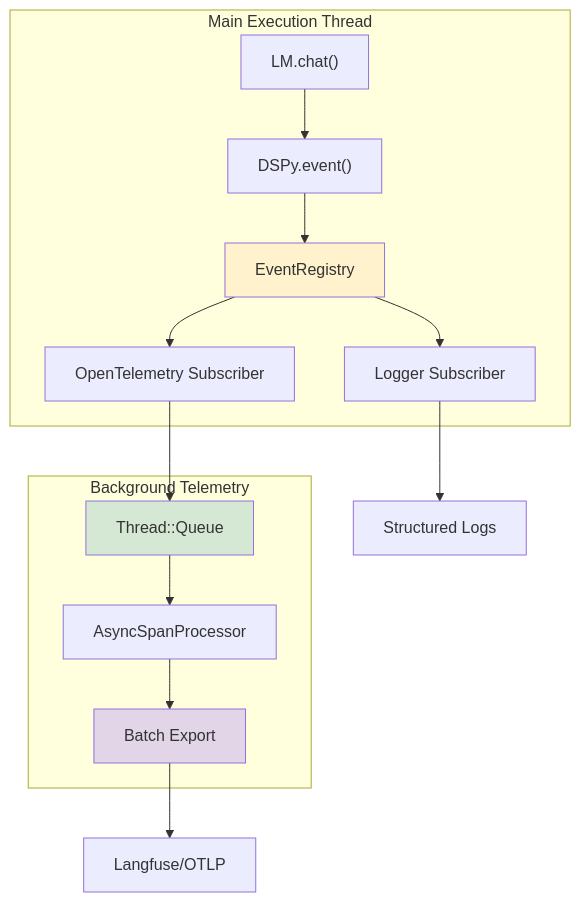
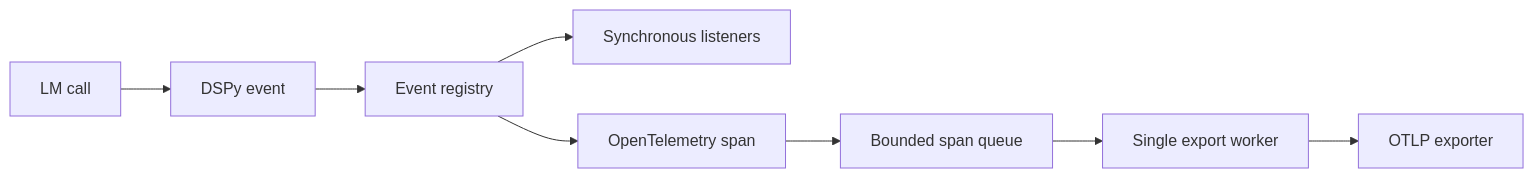
Before and after one commit to vicentereig/dspy.rb: the diagram in docs/src/_articles/dspy-rb-concurrent-architecture-deep-dive.md, drawn with Mermaid. The commit also changed other lines of this file and 90 other files, not shown here.

Commit message:
Rewrite DSPy documentation for current architecture

````diff
--- a/docs/src/_articles/dspy-rb-concurrent-architecture-deep-dive.md
+++ b/docs/src/_articles/dspy-rb-concurrent-architecture-deep-dive.md
@@ -118,22 +81,10 @@
 ```mermaid
-flowchart TB
-    subgraph "Main Execution Thread"
-        LM["LM.chat()"] --> Event["DSPy.event()"]
-        Event --> Registry["EventRegistry"]
-        Registry --> Logger["Logger Subscriber"]
-        Registry --> Span["OpenTelemetry Subscriber"]
-    end
-    
-    subgraph "Background Telemetry"
-        Span --> Queue["Thread::Queue"]
-        Queue --> Processor["AsyncSpanProcessor"]
-        Processor --> Export["Batch Export"]
-    end
-    
-    Logger --> Output["Structured Logs"]
-    Export --> Langfuse["Langfuse/OTLP"]
-    
-    style Registry fill:#fff2cc
-    style Queue fill:#d5e8d4
-    style Export fill:#e1d5e7
+flowchart LR
+    LM["LM call"] --> Event["DSPy event"]
+    Event --> Registry["Event registry"]
+    Registry --> Listener["Synchronous listeners"]
+    Registry --> Span["OpenTelemetry span"]
+    Span --> Queue["Bounded span queue"]
+    Queue --> Worker["Single export worker"]
+    Worker --> OTLP["OTLP exporter"]
 ```
````
